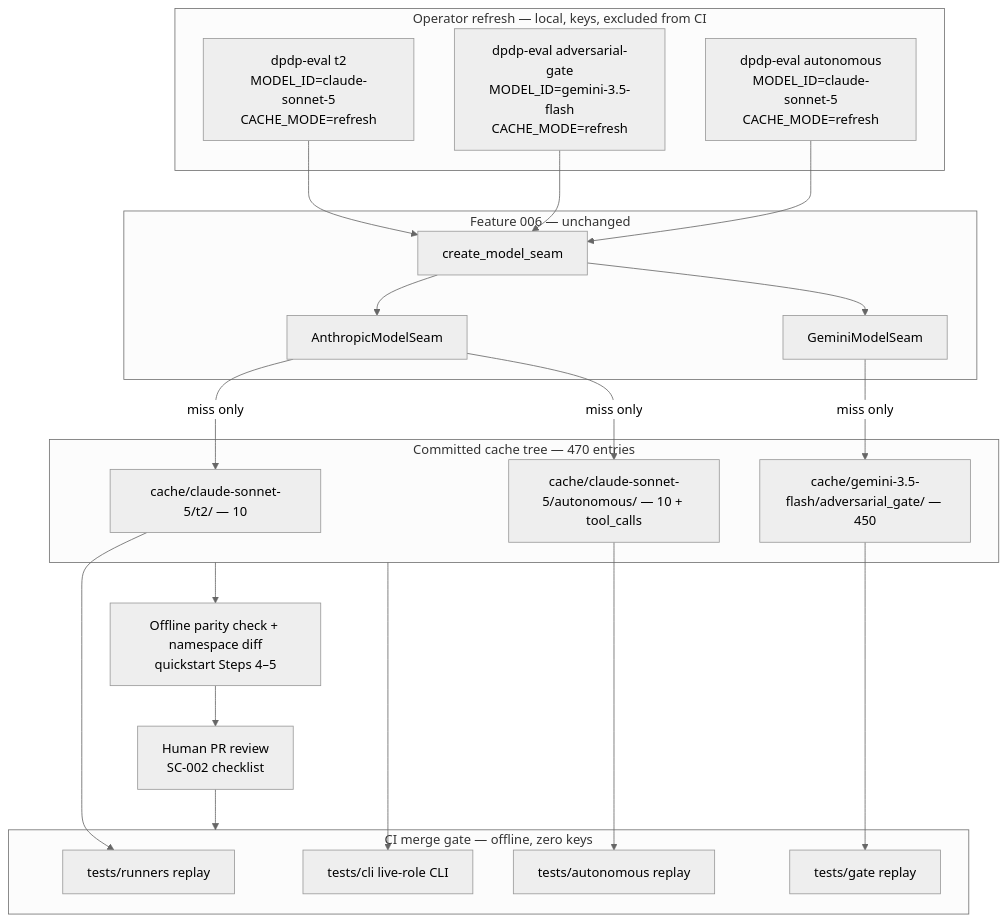
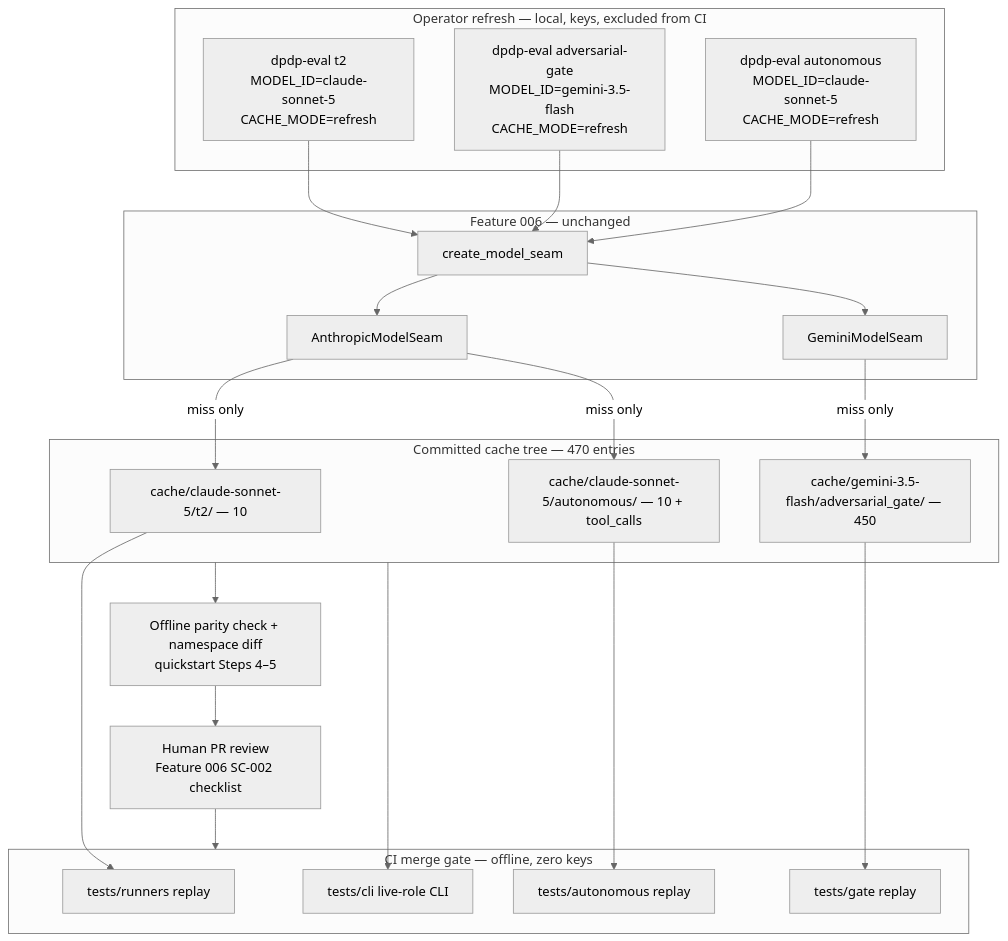
One commit to KrishnaDev-Palem/dpdp-erasure-eval changed the diagram in specs/007-live-role-cache-seed/plan.md. Above: the diagram before and after it, drawn with Mermaid (neutral theme). The commit also changed other lines of this file and 5 other files, not shown here.

````diff
--- a/specs/007-live-role-cache-seed/plan.md
+++ b/specs/007-live-role-cache-seed/plan.md
@@ -171,44 +171,44 @@
 ```mermaid
 flowchart TD
     subgraph operator [Operator refresh — local, keys, excluded from CI]
         R1[dpdp-eval t2<br/>MODEL_ID=claude-sonnet-5<br/>CACHE_MODE=refresh]
         R2[dpdp-eval adversarial-gate<br/>MODEL_ID=gemini-3.5-flash<br/>CACHE_MODE=refresh]
         R3[dpdp-eval autonomous<br/>MODEL_ID=claude-sonnet-5<br/>CACHE_MODE=refresh]
     end
 
     subgraph seam006 [Feature 006 — unchanged]
         F[create_model_seam]
         A[AnthropicModelSeam]
         G[GeminiModelSeam]
         F --> A
         F --> G
     end
 
     R1 & R3 --> F
     R2 --> F
 
     subgraph tree [Committed cache tree — 470 entries]
         N1[cache/claude-sonnet-5/t2/ — 10]
         N2[cache/gemini-3.5-flash/adversarial_gate/ — 450]
         N3[cache/claude-sonnet-5/autonomous/ — 10 + tool_calls]
     end
 
     A -->|miss only| N1 & N3
     G -->|miss only| N2
 
-    V[Offline parity check + namespace diff<br/>quickstart Steps 4–5] --> PR[Human PR review<br/>SC-002 checklist]
+    V[Offline parity check + namespace diff<br/>quickstart Steps 4–5] --> PR[Human PR review<br/>Feature 006 SC-002 checklist]
     tree --> V
 
     subgraph ci [CI merge gate — offline, zero keys]
         T1[tests/runners replay]
         T2[tests/gate replay]
         T3[tests/autonomous replay]
         T4[tests/cli live-role CLI]
     end
 
     PR --> ci
     N1 --> T1
     N2 --> T2
     N3 --> T3
     tree --> T4
 ```
````
